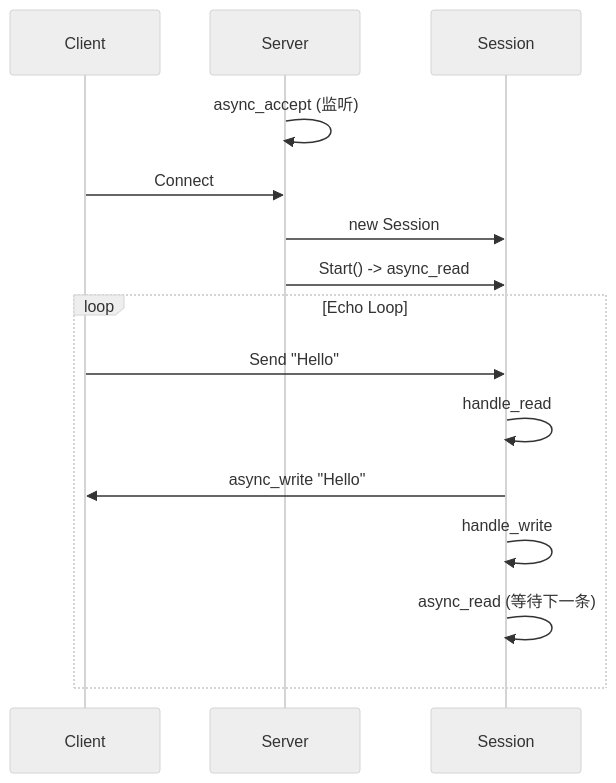
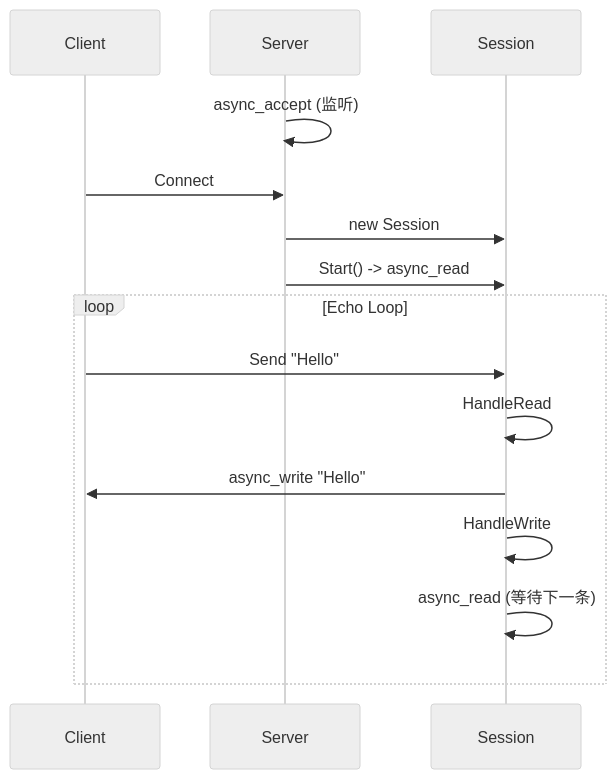
The second of 2 diagrams in Async/README.md (IceFerryLing/MySimpleServer), drawn with Mermaid (neutral theme) before and after one commit. The commit also changed other lines of this file and 6 other files, not shown here.

````diff
--- a/Async/README.md
+++ b/Async/README.md
@@ -135,19 +181,19 @@
 ```mermaid
 sequenceDiagram
     participant Client
     participant Server
     participant Session
 
     Server->>Server: async_accept (监听)
     Client->>Server: Connect
     Server->>Session: new Session
     Server->>Session: Start() -> async_read
     
     loop Echo Loop
         Client->>Session: Send "Hello"
-        Session->>Session: handle_read
+        Session->>Session: HandleRead
         Session->>Client: async_write "Hello"
-        Session->>Session: handle_write
+        Session->>Session: HandleWrite
         Session->>Session: async_read (等待下一条)
     end
 ```
````
